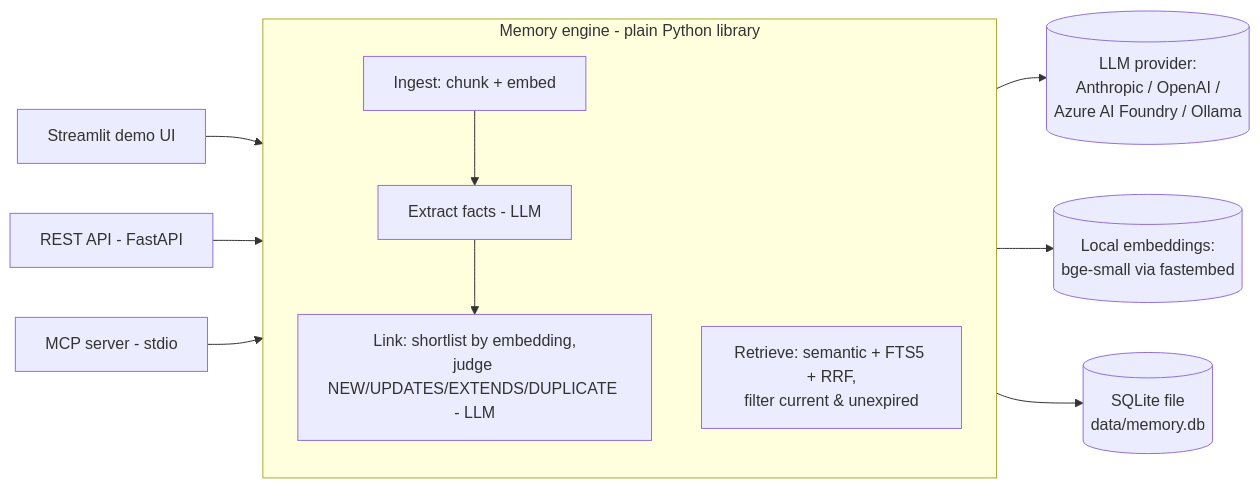
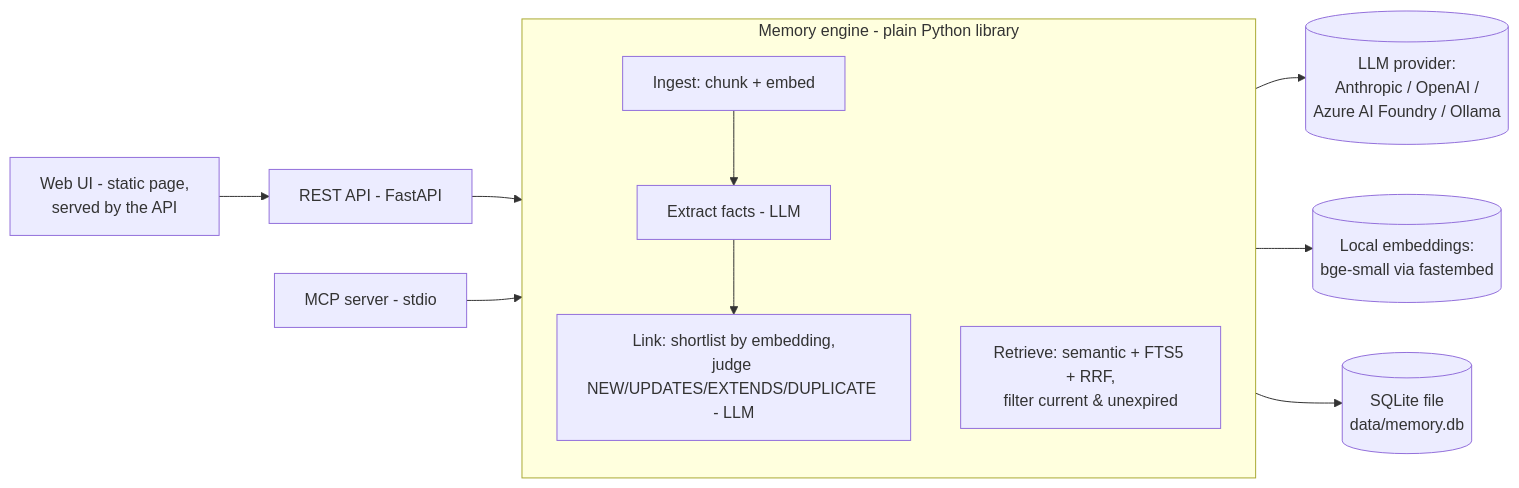
The diagram in README.md (akramlodi/Memory-For-Ai), drawn with Mermaid before and after one commit. The commit also changed other lines of this file and 11 other files, not shown here.

First line of the commit message:
Replace Streamlit with a terminal-style web UI (opencode-inspired)

````diff
--- a/README.md
+++ b/README.md
@@ -67,14 +67,14 @@
 ```mermaid
 flowchart LR
-    UI[Streamlit demo UI] --> E
+    UI[Web UI - static page,<br/>served by the API] --> API
     API[REST API - FastAPI] --> E
     MCP[MCP server - stdio] --> E
     subgraph E[Memory engine - plain Python library]
         ING[Ingest: chunk + embed] --> EXT[Extract facts - LLM]
         EXT --> LNK[Link: shortlist by embedding,<br/>judge NEW/UPDATES/EXTENDS/DUPLICATE - LLM]
         RET[Retrieve: semantic + FTS5 + RRF,<br/>filter current & unexpired]
     end
     E --> LLM[(LLM provider:<br/>Anthropic / OpenAI /<br/>Azure AI Foundry / Ollama)]
     E --> EMB[(Local embeddings:<br/>bge-small via fastembed)]
     E --> DB[(SQLite file<br/>data/memory.db)]
 ```
````
